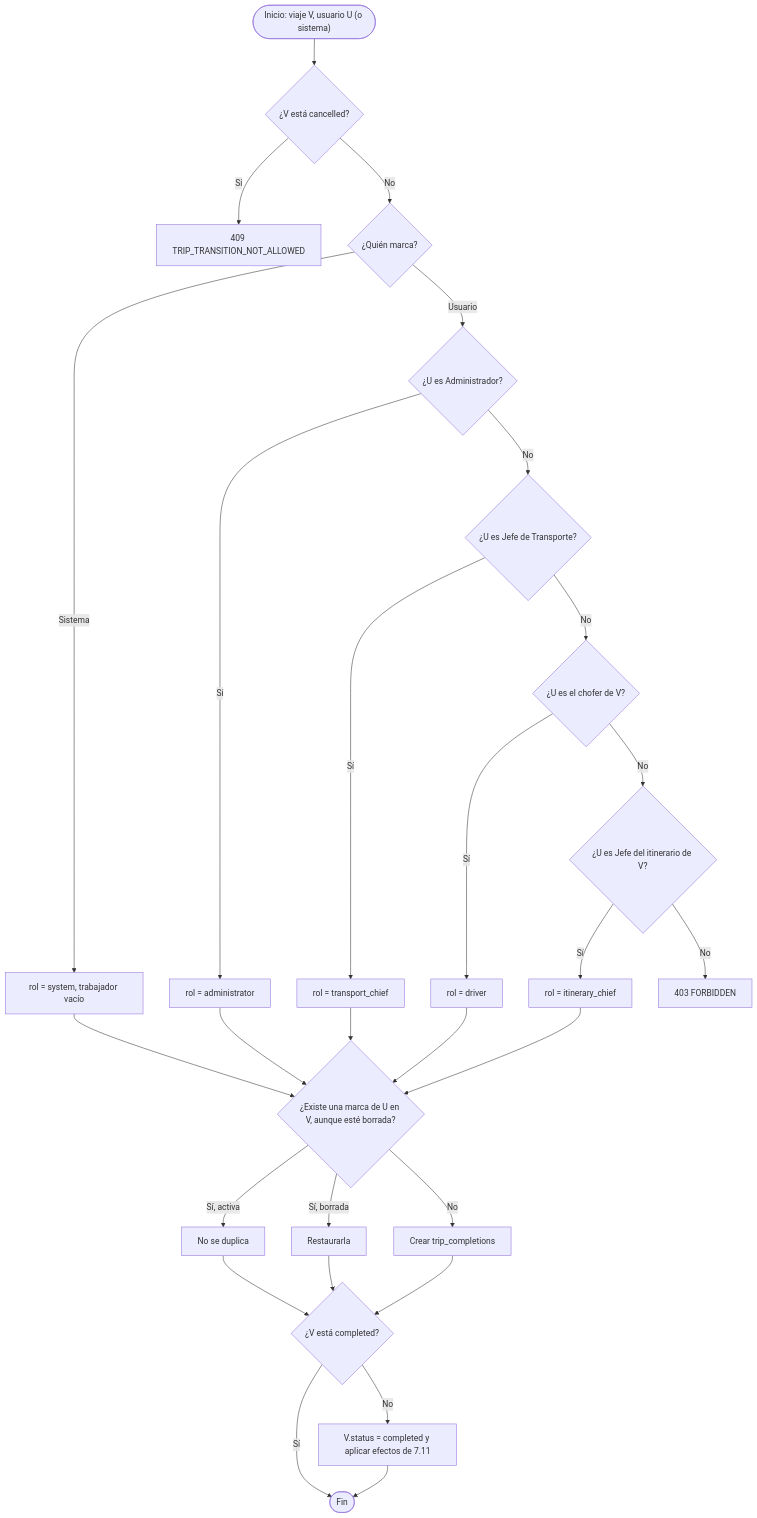
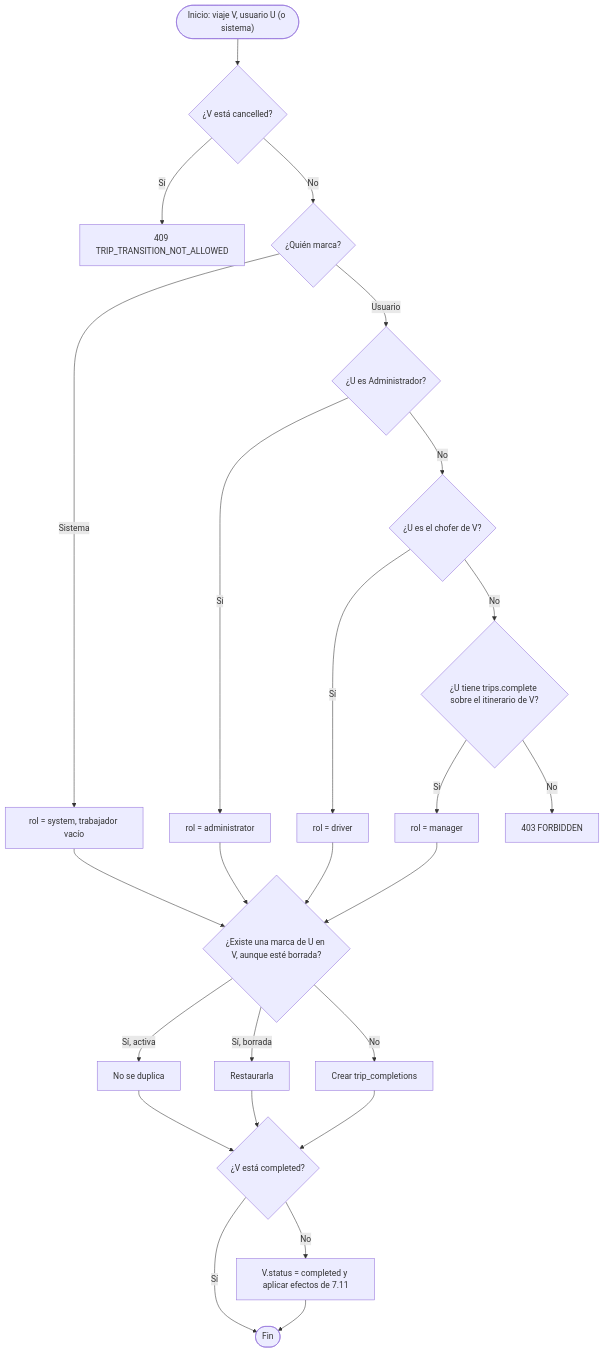
One commit to maicolalmaralestamayo/MiRuta changed diagram 13 of 37 in docs/07-algoritmos.md. Above: the diagram before and after it, drawn with Mermaid. The commit also changed other lines of this file and 37 other files, not shown here.

````diff
--- a/docs/07-algoritmos.md
+++ b/docs/07-algoritmos.md
@@ -384,30 +359,27 @@
 ```mermaid
 flowchart TD
     A(["Inicio: viaje V, usuario U (o sistema)"]) --> B{"¿V está cancelled?"}
     B -->|Sí| X["409 TRIP_TRANSITION_NOT_ALLOWED"]
     B -->|No| C{"¿Quién marca?"}
     C -->|Sistema| R["rol = system, trabajador vacío"]
     C -->|Usuario| D{"¿U es Administrador?"}
     D -->|Sí| R1["rol = administrator"]
-    D -->|No| E{"¿U es Jefe de Transporte?"}
-    E -->|Sí| R2["rol = transport_chief"]
-    E -->|No| F{"¿U es el chofer de V?"}
+    D -->|No| F{"¿U es el chofer de V?"}
     F -->|Sí| R3["rol = driver"]
-    F -->|No| G{"¿U es Jefe del itinerario de V?"}
-    G -->|Sí| R4["rol = itinerary_chief"]
+    F -->|No| G{"¿U tiene trips.complete sobre el itinerario de V?"}
+    G -->|Sí| R4["rol = manager"]
     G -->|No| X2["403 FORBIDDEN"]
     R --> H
     R1 --> H
-    R2 --> H
     R3 --> H
     R4 --> H{"¿Existe una marca de U en V, aunque esté borrada?"}
     H -->|"Sí, activa"| I["No se duplica"]
     H -->|"Sí, borrada"| J["Restaurarla"]
     H -->|No| K["Crear trip_completions"]
     I --> L
     J --> L
     K --> L{"¿V está completed?"}
     L -->|No| M["V.status = completed y aplicar efectos de 7.11"]
     L -->|Sí| Z
     M --> Z(["Fin"])
 ```
````
